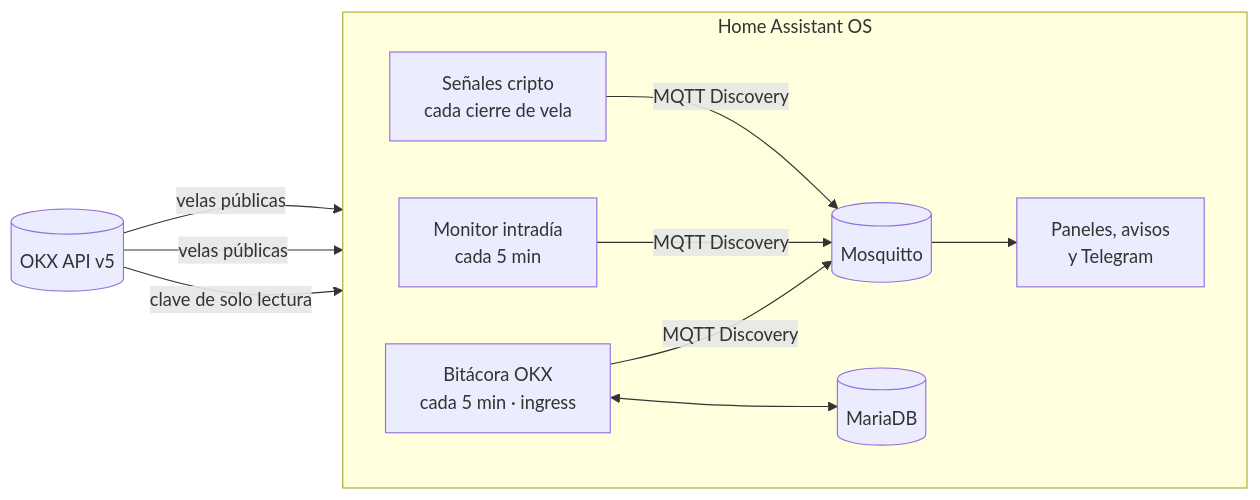
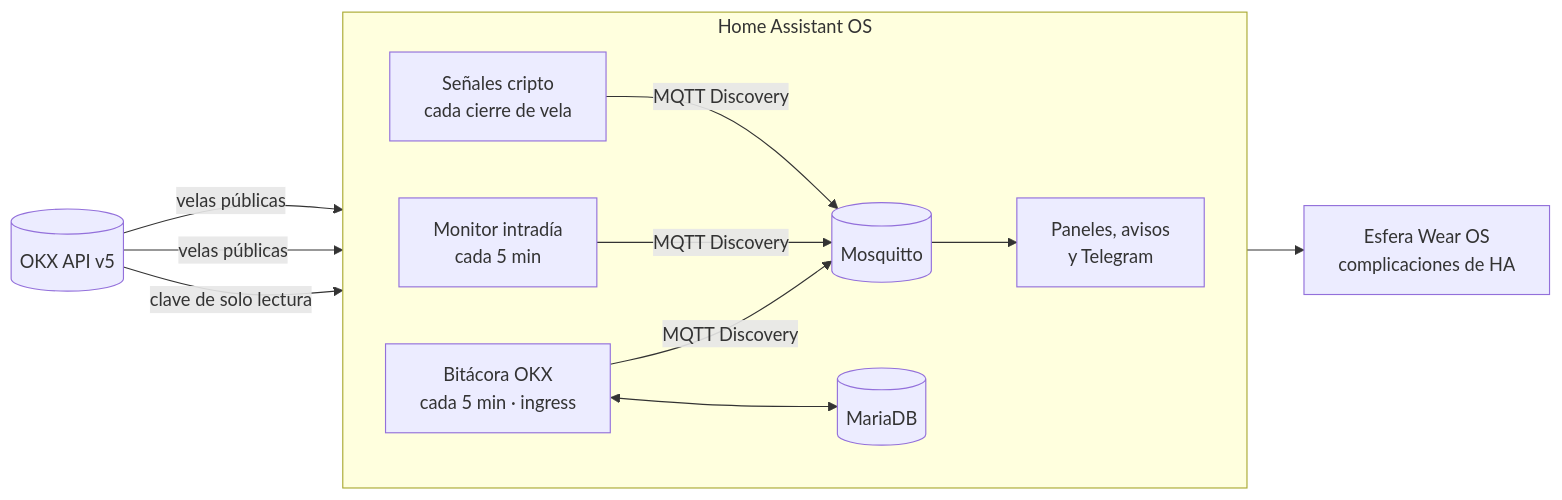
The diagram in README.md (jmanera/ha-trading-helper), drawn with Mermaid before and after one commit. The commit also changed other lines of this file and 22 other files, not shown here.

````diff
--- a/README.md
+++ b/README.md
@@ -106,17 +115,19 @@
 ```mermaid
 flowchart LR
     OKX[(OKX API v5)]
     subgraph HA[Home Assistant OS]
         direction LR
         S[Señales cripto<br/>cada cierre de vela]
         I[Monitor intradía<br/>cada 5 min]
         J[Bitácora OKX<br/>cada 5 min · ingress]
         M[(Mosquitto)]
         D[(MariaDB)]
         UI[Paneles, avisos<br/>y Telegram]
     end
+    W[Esfera Wear OS<br/>complicaciones de HA]
     OKX -- velas públicas --> S & I
     OKX -- clave de solo lectura --> J
     S & I & J -- MQTT Discovery --> M --> UI
     J <--> D
+    UI --> W
 ```
````
